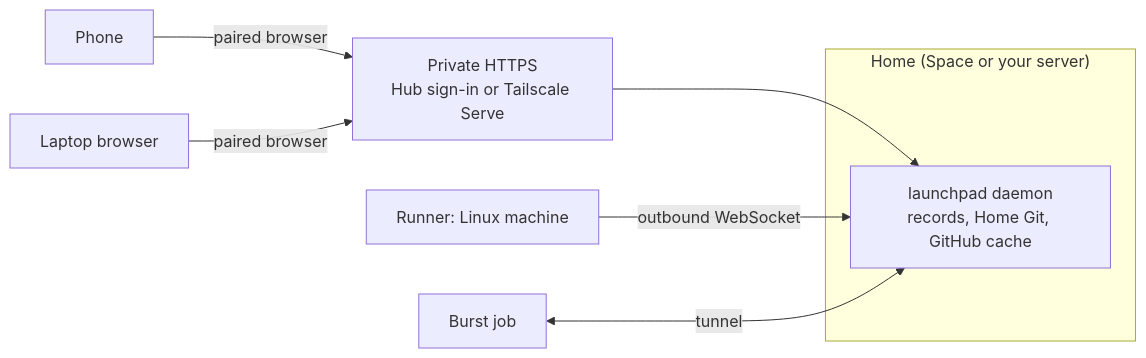
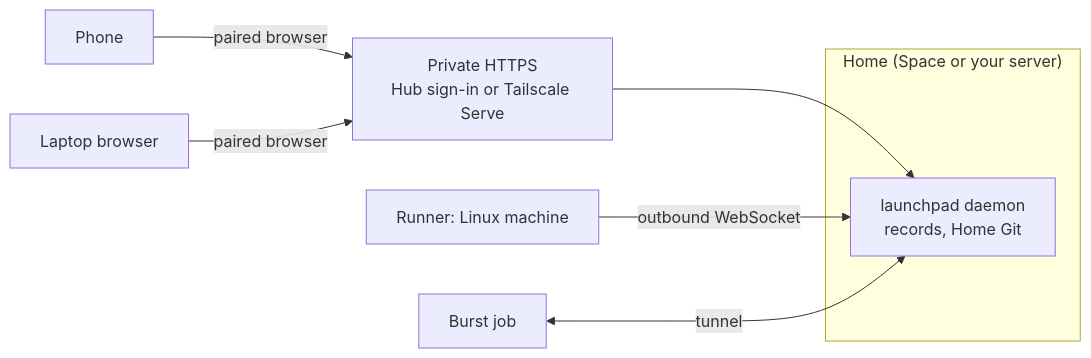
Before and after one commit to Wauplin/launchpad: the diagram in docs/remote-access.md, drawn with Mermaid. The commit also changed other lines of this file and 13 other files, not shown here.

````diff
--- a/docs/remote-access.md
+++ b/docs/remote-access.md
@@ -5,11 +5,11 @@
 ```mermaid
 flowchart LR
     subgraph H["Home (Space or your server)"]
-        D["launchpad daemon<br/>records, Home Git, GitHub cache"]
+        D["launchpad daemon<br/>records, Home Git"]
     end
     T[Private HTTPS<br/>Hub sign-in or Tailscale Serve] --> D
     P[Phone] -->|paired browser| T
     L[Laptop browser] -->|paired browser| T
     R1[Runner: Linux machine] -->|outbound WebSocket| D
     R2[Burst job] <-->|tunnel| D
 ```
````
